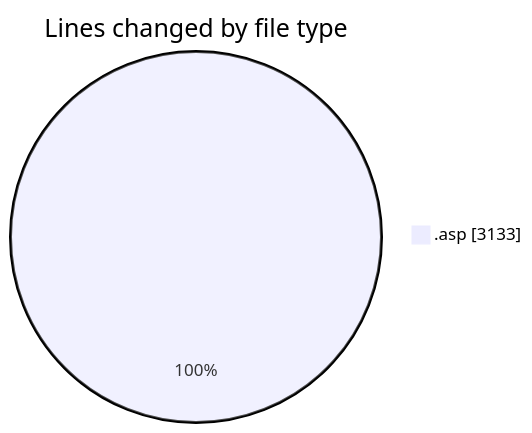
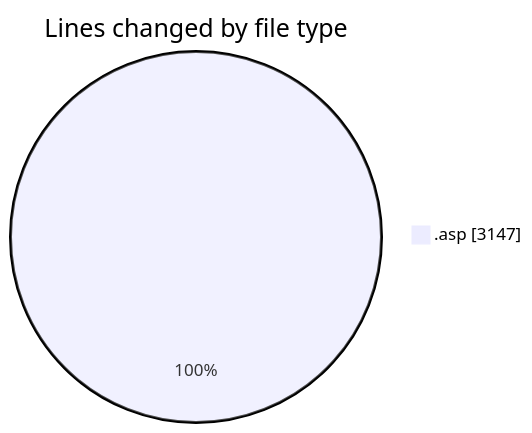
Before and after one commit to julien-gomy/code-tracking: the first of 2 diagrams in 2025-10-10/cdp_aleoudev_fr__workspace_/README.md, drawn with Mermaid. The commit also changed other lines of this file and 1 other file, not shown here.

````diff
--- a/2025-10-10/cdp_aleoudev_fr__workspace_/README.md
+++ b/2025-10-10/cdp_aleoudev_fr__workspace_/README.md
@@ -24,5 +24,5 @@
 ```mermaid
 pie showData
 title Lines changed by file type
-".asp" : 3133
+".asp" : 3147
 ```
````
